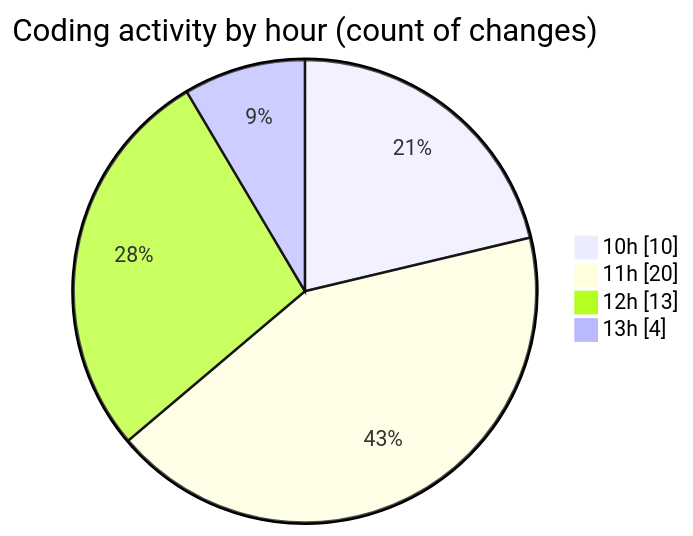
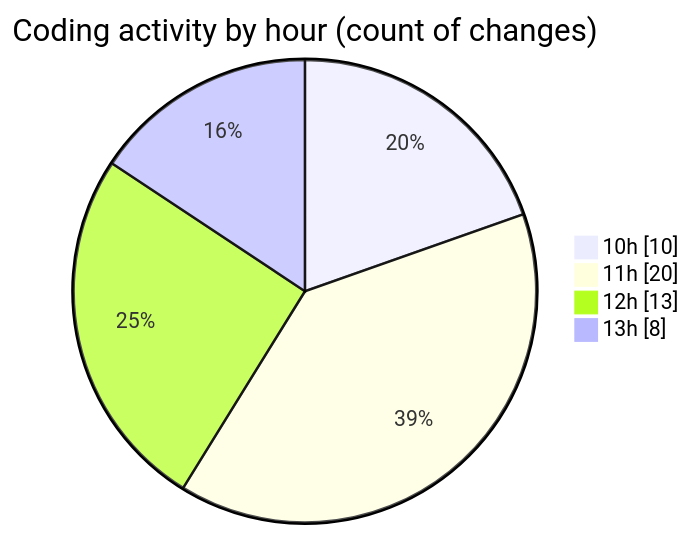
One commit to BS-eng2023/code-tracking changed the second of 2 diagrams in 2025-03-31/jsvms/README.md. Above: the diagram before and after it, drawn with Mermaid. The commit also changed other lines of this file and 1 other file, not shown here.

````diff
--- a/2025-03-31/jsvms/README.md
+++ b/2025-03-31/jsvms/README.md
@@ -48,8 +48,8 @@
 ```mermaid
 pie showData
 title Coding activity by hour (count of changes)
 "10h" : 10
 "11h" : 20
 "12h" : 13
-"13h" : 4
+"13h" : 8
 ```
````
